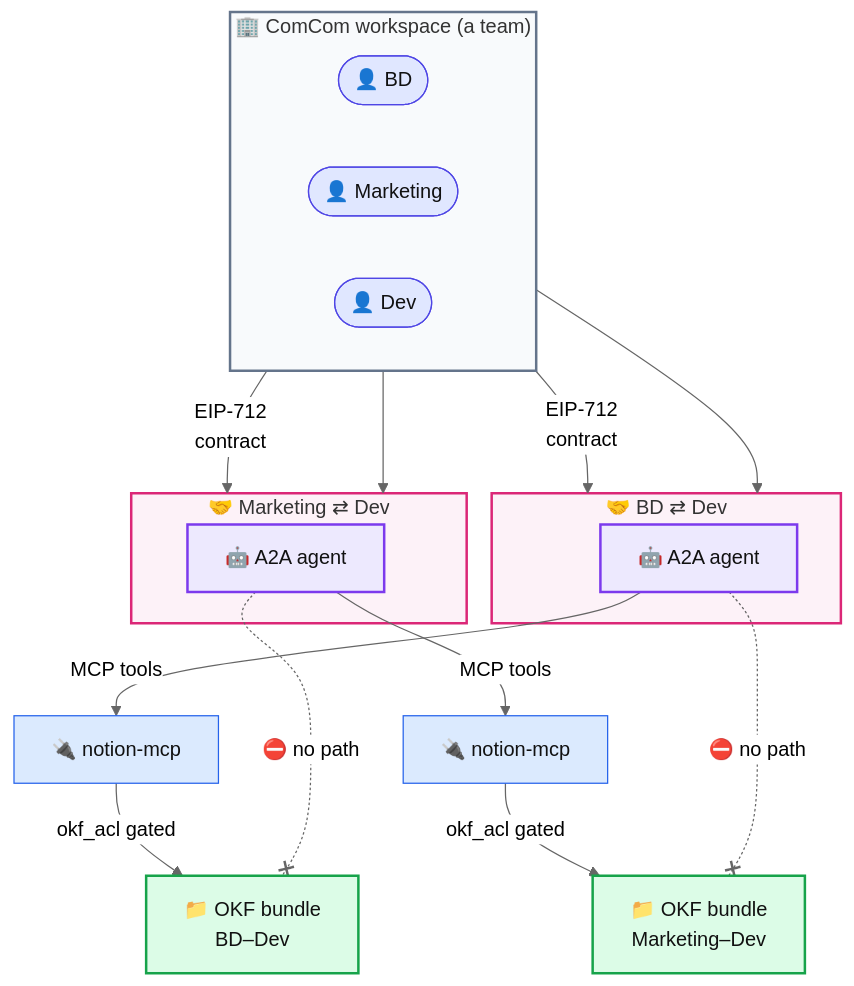
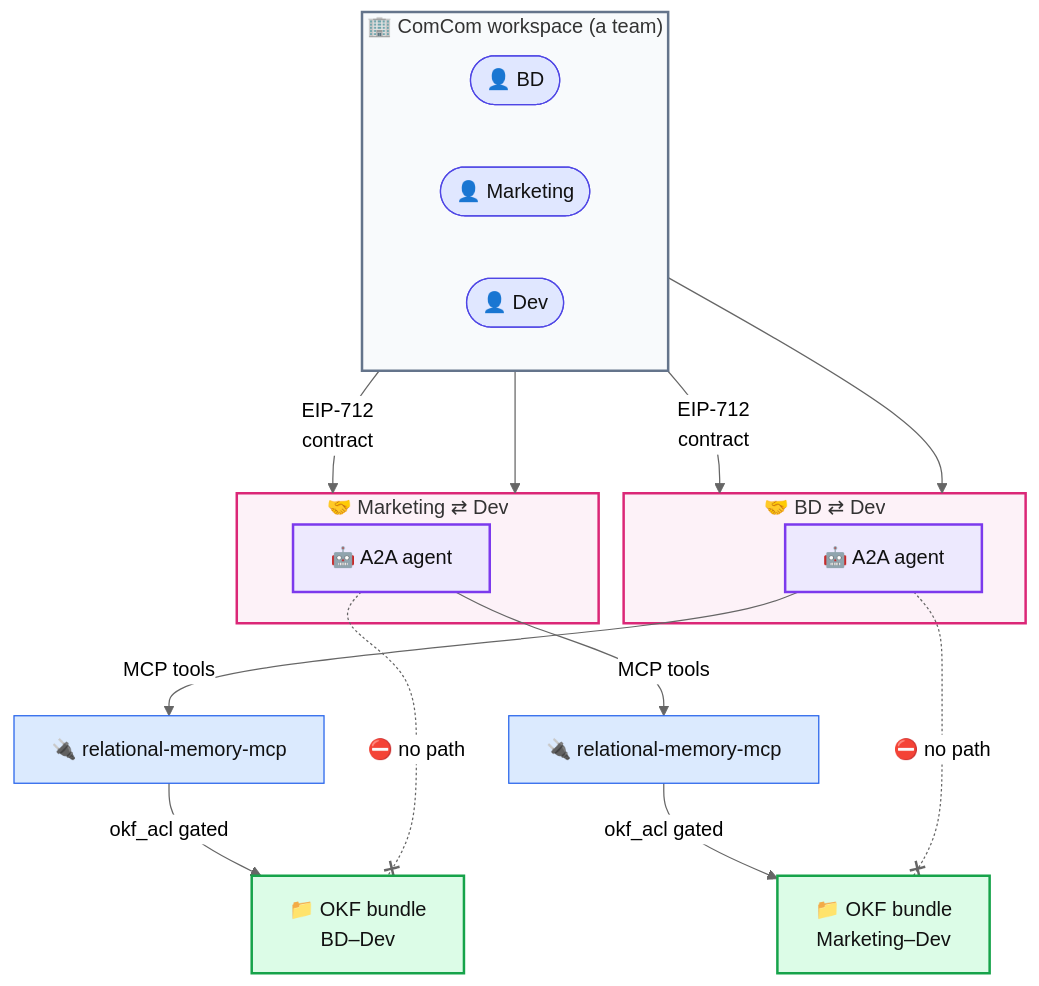
The diagram in README.md (ainetwork-ai/relational-agents), drawn with Mermaid (neutral theme) before and after one commit. The commit also changed other lines of this file and 82 other files, not shown here.

First line of the commit message:
Rename the MCP package to relational-memory-mcp; de-brand the memory layer

````diff
--- a/README.md
+++ b/README.md
@@ -83,40 +83,40 @@
 ```mermaid
 flowchart TB
     subgraph WS["🏢 ComCom workspace (a team)"]
         direction LR
         BD(["👤 BD"])
         MK(["👤 Marketing"])
         DV(["👤 Dev"])
     end
 
     subgraph REL1["🤝 BD ⇄ Dev"]
         A1["🤖 A2A agent"]
     end
     subgraph REL2["🤝 Marketing ⇄ Dev"]
         A2["🤖 A2A agent"]
     end
 
     BD -->|"EIP-712<br/>contract"| REL1
     DV --> REL1
     MK -->|"EIP-712<br/>contract"| REL2
     DV --> REL2
 
-    A1 -->|"MCP tools"| M1["🔌 notion-mcp"] -->|"okf_acl gated"| O1["📁 OKF bundle<br/>BD–Dev"]
-    A2 -->|"MCP tools"| M2["🔌 notion-mcp"] -->|"okf_acl gated"| O2["📁 OKF bundle<br/>Marketing–Dev"]
+    A1 -->|"MCP tools"| M1["🔌 relational-memory-mcp"] -->|"okf_acl gated"| O1["📁 OKF bundle<br/>BD–Dev"]
+    A2 -->|"MCP tools"| M2["🔌 relational-memory-mcp"] -->|"okf_acl gated"| O2["📁 OKF bundle<br/>Marketing–Dev"]
 
     A1 -. "⛔ no path" .-x O2
     A2 -. "⛔ no path" .-x O1
 
     style WS fill:#f8fafc,stroke:#64748b,stroke-width:2px
     style BD fill:#e0e7ff,stroke:#4f46e5,color:#111
     style MK fill:#e0e7ff,stroke:#4f46e5,color:#111
     style DV fill:#e0e7ff,stroke:#4f46e5,color:#111
     style REL1 fill:#fdf2f8,stroke:#db2777,stroke-width:2px
     style REL2 fill:#fdf2f8,stroke:#db2777,stroke-width:2px
     style A1 fill:#ede9fe,stroke:#7c3aed,stroke-width:2px,color:#111
     style A2 fill:#ede9fe,stroke:#7c3aed,stroke-width:2px,color:#111
     style M1 fill:#dbeafe,stroke:#2563eb,color:#111
     style M2 fill:#dbeafe,stroke:#2563eb,color:#111
     style O1 fill:#dcfce7,stroke:#16a34a,stroke-width:2px,color:#111
     style O2 fill:#dcfce7,stroke:#16a34a,stroke-width:2px,color:#111
 ```
````
